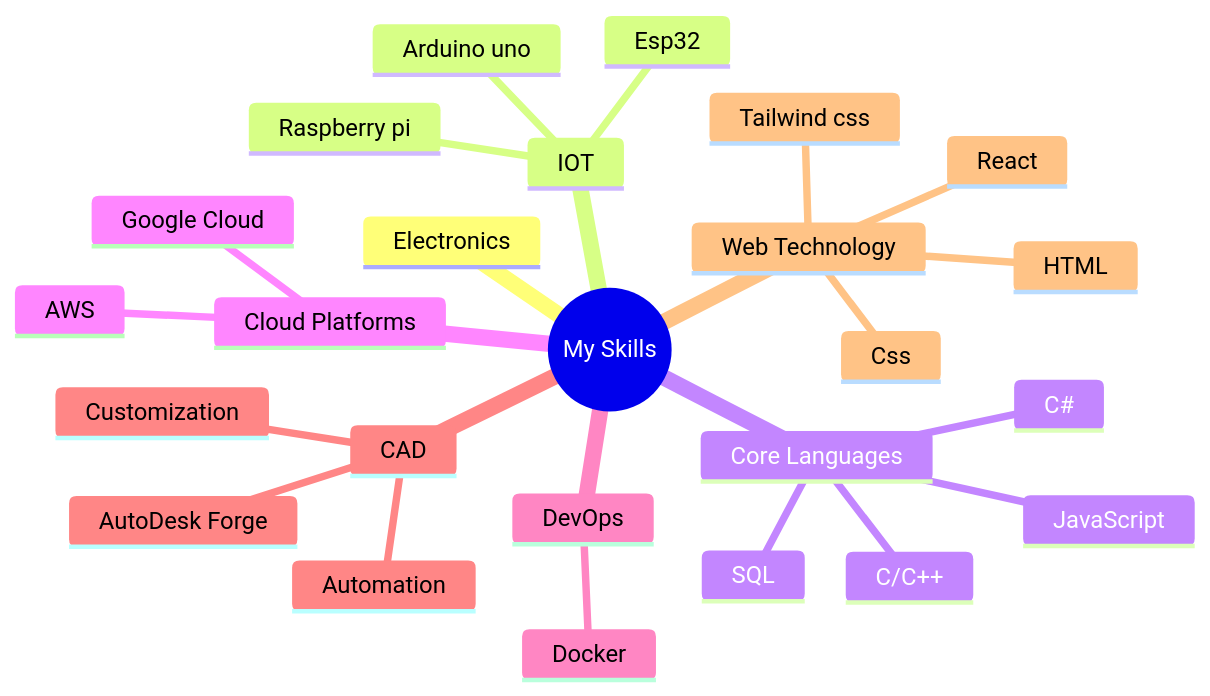
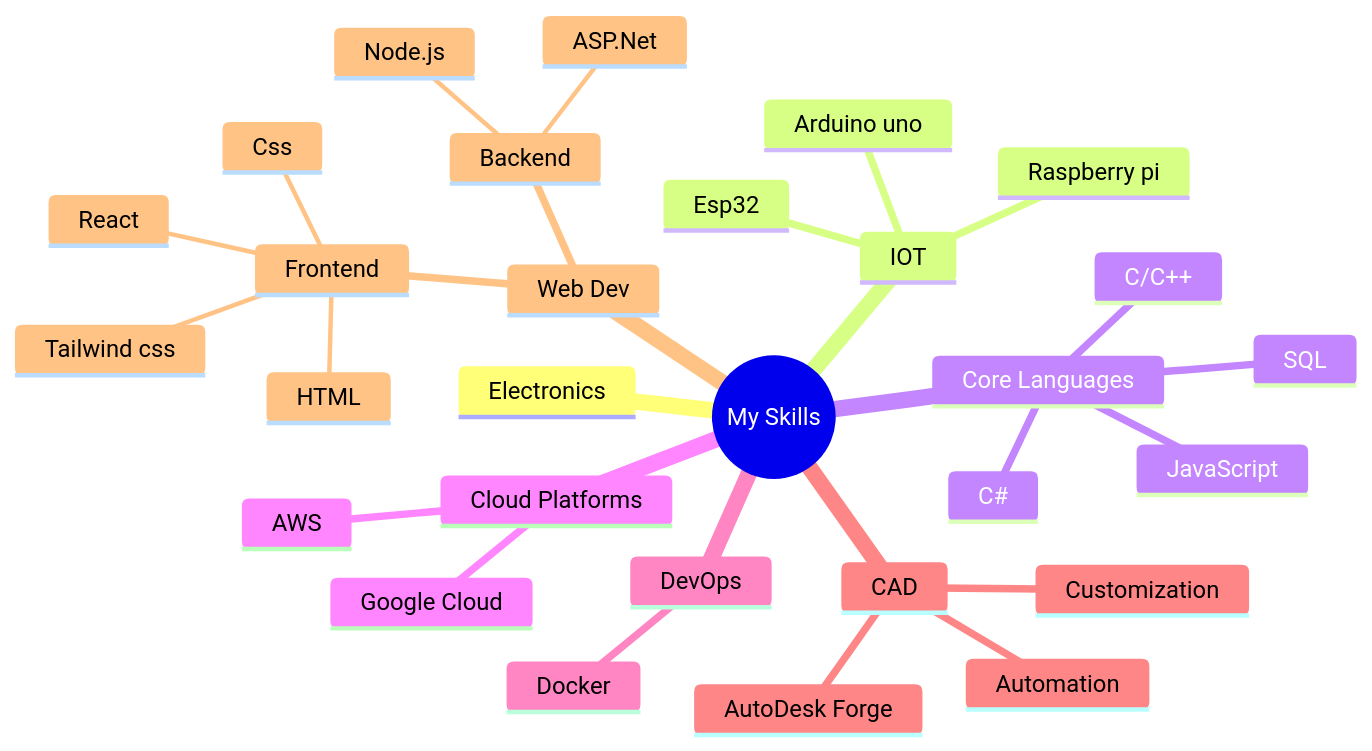
Before and after one commit to Ankan5960/Ankan5960: the diagram in README.md, drawn with Mermaid.

````diff
--- a/README.md
+++ b/README.md
@@ -30,28 +30,32 @@
 ```mermaid
 mindmap
   root((My Skills))
     Electronics
     IOT
       Esp32
       Arduino uno
       Raspberry pi
     Core Languages
       C/C++
       JavaScript
       C#
       SQL
     Cloud Platforms
       AWS
       Google Cloud
     DevOps
       Docker
     CAD
       Customization
       Automation
       AutoDesk Forge
-    Web Technology
-      React
-      HTML
-      Css
-      Tailwind css
+    Web Dev
+      Frontend
+        React
+        HTML
+        Css
+        Tailwind css
+      Backend
+        ASP.Net
+        Node.js
 ```
````
